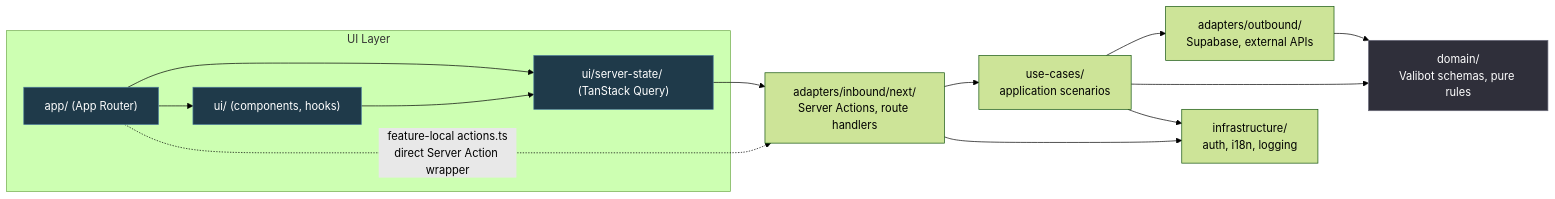
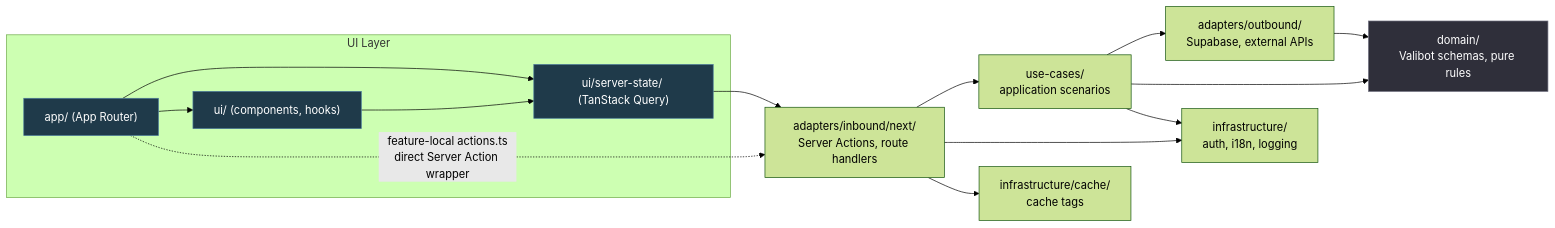
Before and after one commit to clicktronix/fullstack-ai-template: the diagram in docs/ARCHITECTURE/ARCHITECTURE.md, drawn with Mermaid (forest theme). The commit also changed other lines of this file and 358 other files, not shown here.

````diff
--- a/docs/ARCHITECTURE/ARCHITECTURE.md
+++ b/docs/ARCHITECTURE/ARCHITECTURE.md
@@ -28,31 +28,33 @@
 ```mermaid
 flowchart LR
     subgraph UI["UI Layer"]
         App["app/ (App Router)"]
         UIcmp["ui/ (components, hooks)"]
         ServerState["ui/server-state/ (TanStack Query)"]
     end
 
     Inbound["adapters/inbound/next/<br/>Server Actions, route handlers"]
     UseCases["use-cases/<br/>application scenarios"]
     Outbound["adapters/outbound/<br/>Supabase, external APIs"]
     Domain["domain/<br/>Valibot schemas, pure rules"]
     Infra["infrastructure/<br/>auth, i18n, logging"]
+    Cache["infrastructure/cache/<br/>cache tags"]
 
     App --> ServerState
     App --> UIcmp
     UIcmp --> ServerState
     ServerState --> Inbound
     App -.->|feature-local actions.ts<br/>direct Server Action wrapper| Inbound
     Inbound --> UseCases
     UseCases --> Outbound
     UseCases --> Domain
     Outbound --> Domain
     Inbound --> Infra
+    Inbound --> Cache
     UseCases --> Infra
 
     classDef domain fill:#2f2f3a,stroke:#6a6a7a,color:#fff
     classDef ui fill:#1f3a4a,stroke:#4a7a9a,color:#fff
     class Domain domain
     class App,UIcmp,ServerState ui
 ```
````
